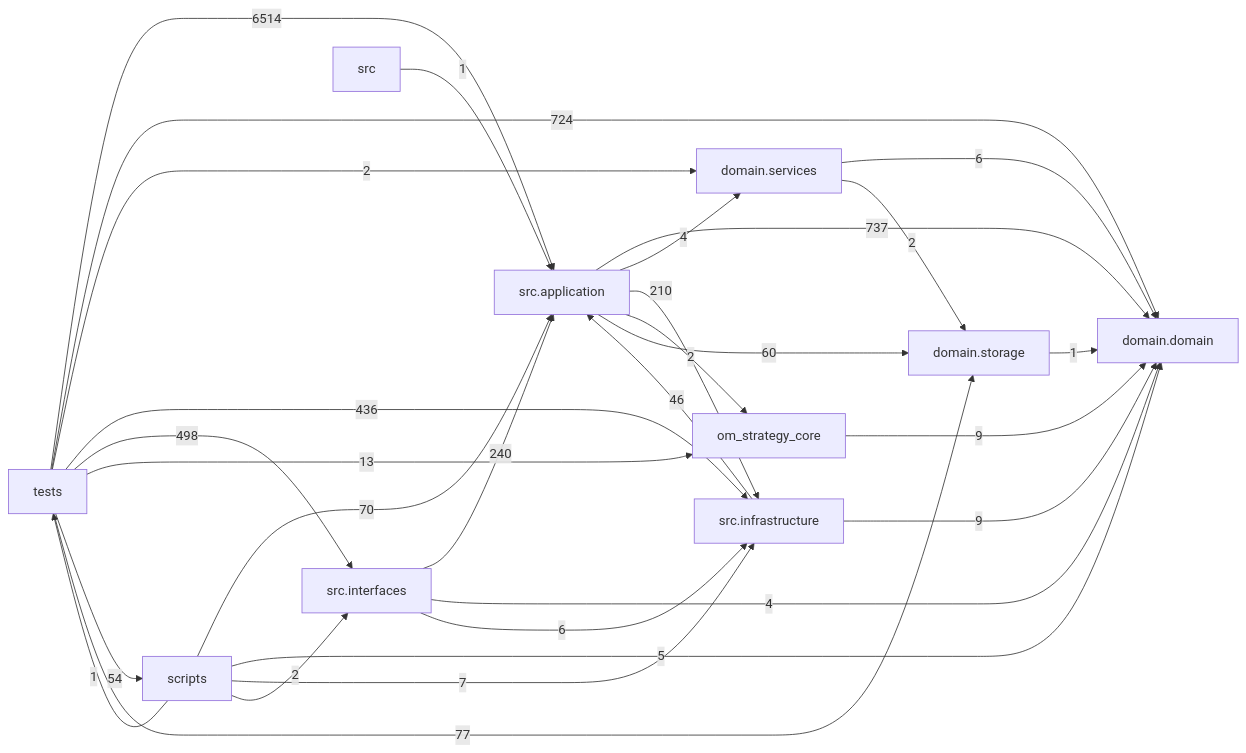
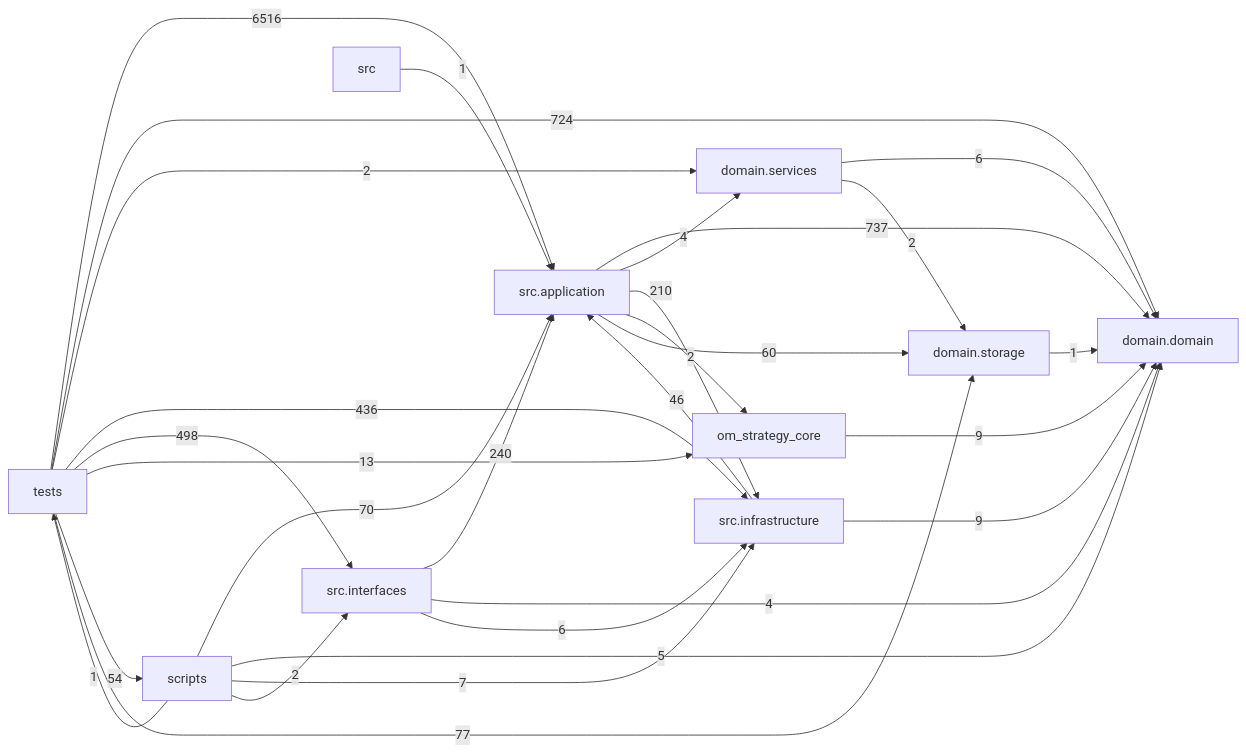
Before and after one commit to liuxie066/options-monitor: the diagram in docs/DEPENDENCY_GRAPH.md, drawn with Mermaid. The commit also changed other lines of this file and 4 other files, not shown here.

````diff
--- a/docs/DEPENDENCY_GRAPH.md
+++ b/docs/DEPENDENCY_GRAPH.md
@@ -24,39 +24,39 @@
 ```mermaid
 flowchart LR
   tests["tests"]
   scripts["scripts"]
   interfaces["src.interfaces"]
   application["src.application"]
   infrastructure["src.infrastructure"]
   domain_services["domain.services"]
   domain["domain.domain"]
   storage["domain.storage"]
   application -->|737| domain
   application -->|4| domain_services
   application -->|210| infrastructure
   application -->|2| om_strategy_core
   application -->|60| storage
   domain_services -->|6| domain
   domain_services -->|2| storage
   infrastructure -->|46| application
   infrastructure -->|9| domain
   interfaces -->|240| application
   interfaces -->|4| domain
   interfaces -->|6| infrastructure
   om_strategy_core -->|9| domain
   scripts -->|70| application
   scripts -->|5| domain
   scripts -->|7| infrastructure
   scripts -->|2| interfaces
   scripts -->|1| tests
   src -->|1| application
   storage -->|1| domain
-  tests -->|6514| application
+  tests -->|6516| application
   tests -->|724| domain
   tests -->|2| domain_services
   tests -->|436| infrastructure
   tests -->|498| interfaces
   tests -->|13| om_strategy_core
   tests -->|54| scripts
   tests -->|77| storage
 ```
````
